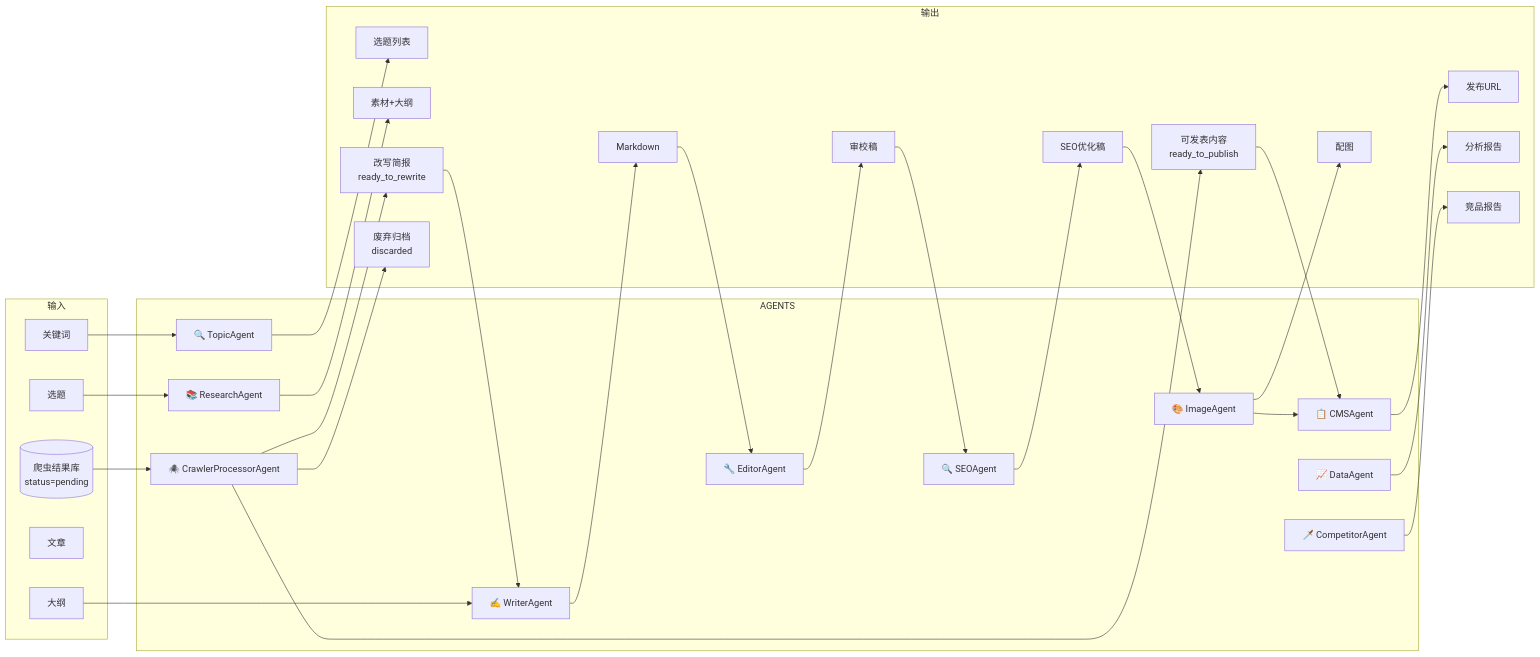
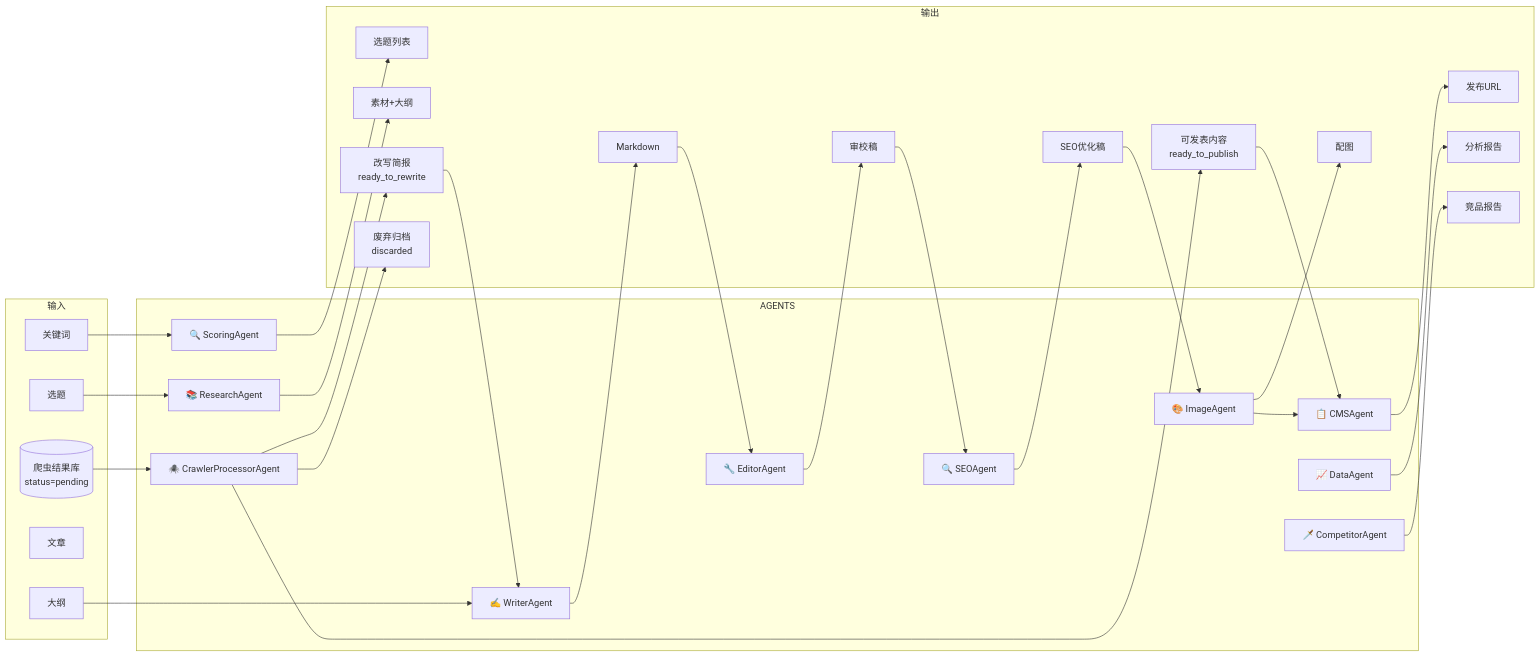
One commit to flyingsnowzz/Multi-Agent-Automatic-Operation-Website changed the fifth of 7 diagrams in 02-技术实现规范.md. Above: the diagram before and after it, drawn with Mermaid. The commit also changed other lines of this file and 4 other files, not shown here.

````diff
--- a/02-技术实现规范.md
+++ b/02-技术实现规范.md
@@ -413,60 +423,60 @@
 ```mermaid
 flowchart LR
     subgraph INPUT["输入"]
         KW[关键词]
         TOPIC[选题]
         OUTLINE[大纲]
         ARTICLE[文章]
         CRAWL_DB[("爬虫结果库\nstatus=pending")]
     end
 
     subgraph AGENTS
-        TOPIC_A["🔍 TopicAgent"]
+        TOPIC_A["🔍 ScoringAgent"]
         RESEA_A["📚 ResearchAgent"]
         WRITE_A["✍️ WriterAgent"]
         EDIT_A["🔧 EditorAgent"]
         SEO_A["🔍 SEOAgent"]
         IMAG_A["🎨 ImageAgent"]
         CMS_A["📋 CMSAgent"]
         DATA_A["📈 DataAgent"]
         COMP_A["🗡️ CompetitorAgent"]
         CRAWLER_A["🕷️ CrawlerProcessorAgent"]
     end
 
     subgraph OUTPUT["输出"]
         TOPIC_O[选题列表]
         OUTLINE_O[素材+大纲]
         MD[Markdown]
         REVIEWED[审校稿]
         SEO_MD[SEO优化稿]
         IMG[配图]
         URL[发布URL]
         REPORT[分析报告]
         COMP_REPORT[竞品报告]
         PUBLISH_READY[可发表内容\nready_to_publish]
         REWRITE_READY[改写简报\nready_to_rewrite]
         DISCARD[废弃归档\ndiscarded]
     end
 
     KW --> TOPIC_A
     TOPIC --> RESEA_A
     OUTLINE --> WRITE_A
     MD --> EDIT_A
     REVIEWED --> SEO_A
     SEO_MD --> IMAG_A
     IMAG_A --> CMS_A
     CRAWL_DB --> CRAWLER_A
 
     TOPIC_A --> TOPIC_O
     RESEA_A --> OUTLINE_O
     WRITE_A --> MD
     EDIT_A --> REVIEWED
     SEO_A --> SEO_MD
     IMAG_A --> IMG
     CMS_A --> URL
     DATA_A --> REPORT
     COMP_A --> COMP_REPORT
     CRAWLER_A --> PUBLISH_READY --> CMS_A
     CRAWLER_A --> REWRITE_READY --> WRITE_A
     CRAWLER_A --> DISCARD
 ```
````
